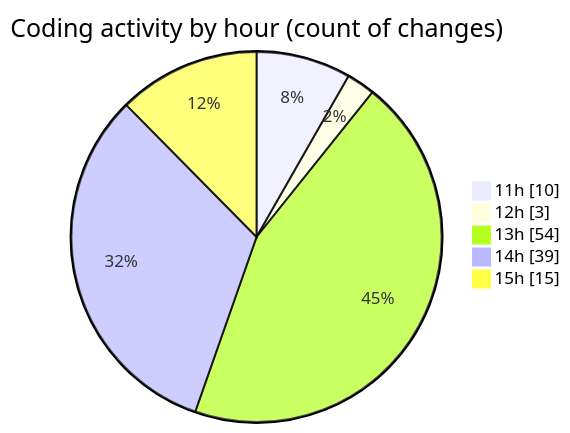
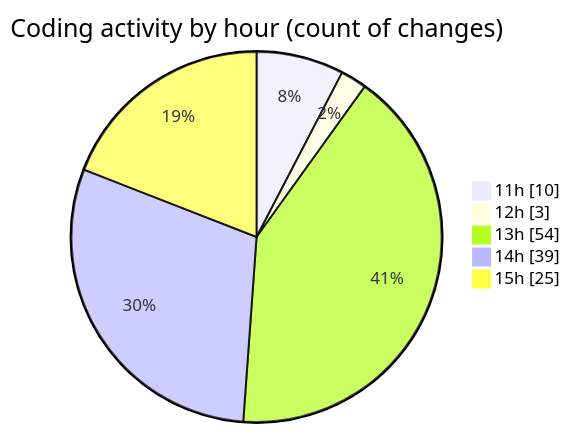
The second of 2 diagrams in 2025-02-14/cda/README.md (momahboobian/code-tracking), drawn with Mermaid before and after one commit. The commit also changed other lines of this file and 1 other file, not shown here.

````diff
--- a/2025-02-14/cda/README.md
+++ b/2025-02-14/cda/README.md
@@ -37,9 +37,9 @@
 ```mermaid
 pie showData
 title Coding activity by hour (count of changes)
 "11h" : 10
 "12h" : 3
 "13h" : 54
 "14h" : 39
-"15h" : 15
+"15h" : 25
 ```
````
